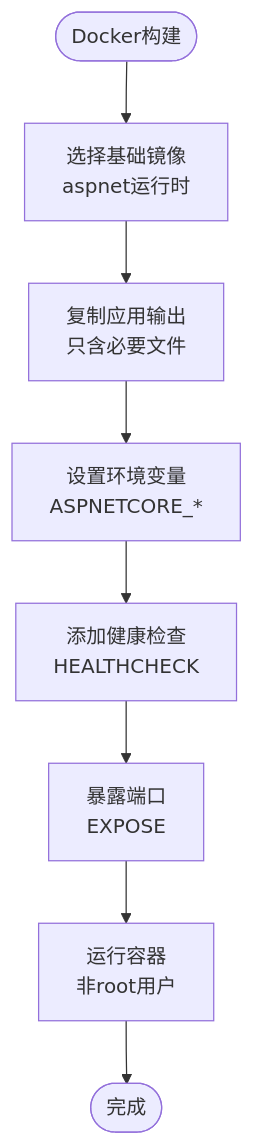
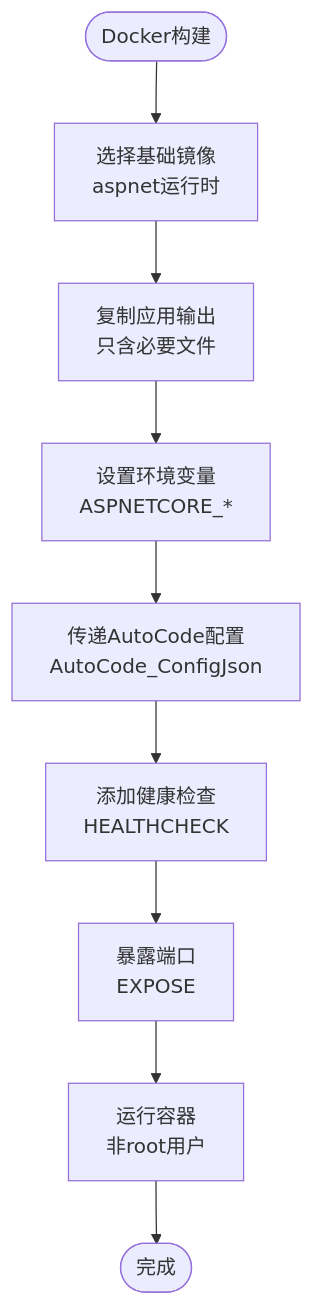
One commit to alivy/AutoCode changed the fifth of 6 diagrams in .qoder/repowiki/zh/content/部署与发布/部署与发布.md. Above: the diagram before and after it, drawn with Mermaid. The commit also changed other lines of this file and 279 other files, not shown here.

````diff
--- a/.qoder/repowiki/zh/content/部署与发布/部署与发布.md
+++ b/.qoder/repowiki/zh/content/部署与发布/部署与发布.md
@@ -307,10 +224,11 @@
 ```mermaid
 flowchart TD
 Start(["Docker构建"]) --> Base["选择基础镜像<br/>aspnet运行时"]
 Base --> Copy["复制应用输出<br/>只含必要文件"]
 Copy --> Env["设置环境变量<br/>ASPNETCORE_*"]
-Env --> Health["添加健康检查<br/>HEALTHCHECK"]
+Env --> Config["传递AutoCode配置<br/>AutoCode_ConfigJson"]
+Config --> Health["添加健康检查<br/>HEALTHCHECK"]
 Health --> Port["暴露端口<br/>EXPOSE"]
 Port --> Run["运行容器<br/>非root用户"]
 Run --> End(["完成"])
 ```
````
